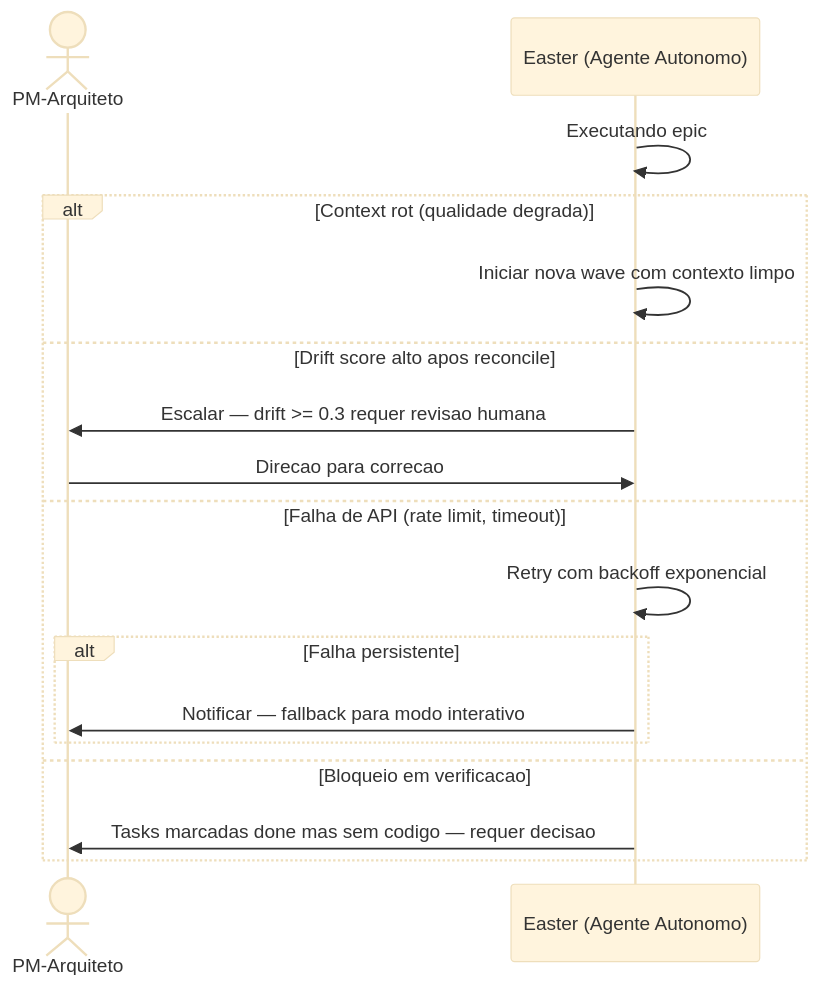
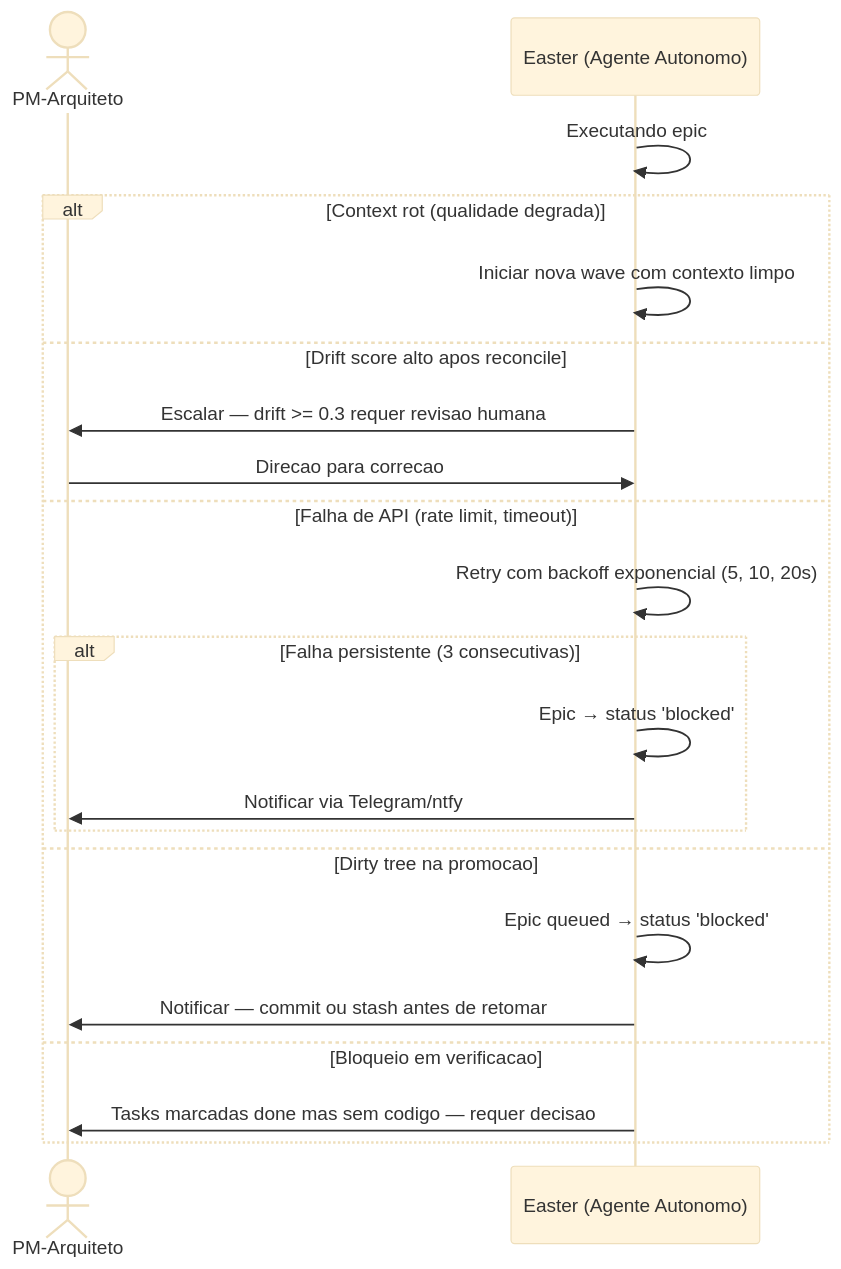
The ninth of 12 diagrams in platforms/madruga-ai/business/process.md (paceautomations/madruga.ai), drawn with Mermaid (base theme) before and after one commit. The commit also changed other lines of this file and 9 other files, not shown here.

````diff
--- a/platforms/madruga-ai/business/process.md
+++ b/platforms/madruga-ai/business/process.md
@@ -456,20 +472,24 @@
 ```mermaid
 sequenceDiagram
     actor PM as PM-Arquiteto
     participant Easter as Easter (Agente Autonomo)
 
     Easter->>Easter: Executando epic
     alt Context rot (qualidade degrada)
         Easter->>Easter: Iniciar nova wave com contexto limpo
     else Drift score alto apos reconcile
         Easter->>PM: Escalar — drift >= 0.3 requer revisao humana
         PM->>Easter: Direcao para correcao
     else Falha de API (rate limit, timeout)
-        Easter->>Easter: Retry com backoff exponencial
-        alt Falha persistente
-            Easter->>PM: Notificar — fallback para modo interativo
+        Easter->>Easter: Retry com backoff exponencial (5, 10, 20s)
+        alt Falha persistente (3 consecutivas)
+            Easter->>Easter: Epic → status 'blocked'
+            Easter->>PM: Notificar via Telegram/ntfy
         end
+    else Dirty tree na promocao
+        Easter->>Easter: Epic queued → status 'blocked'
+        Easter->>PM: Notificar — commit ou stash antes de retomar
     else Bloqueio em verificacao
         Easter->>PM: Tasks marcadas done mas sem codigo — requer decisao
     end
 ```
````
